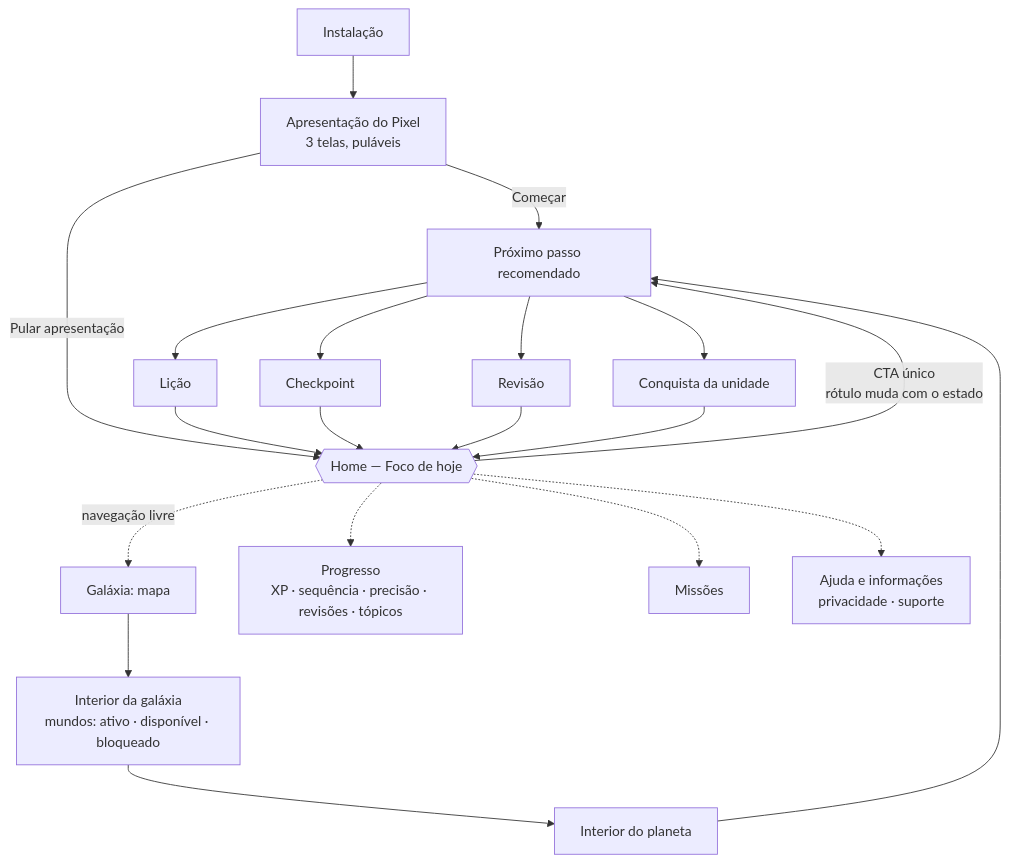
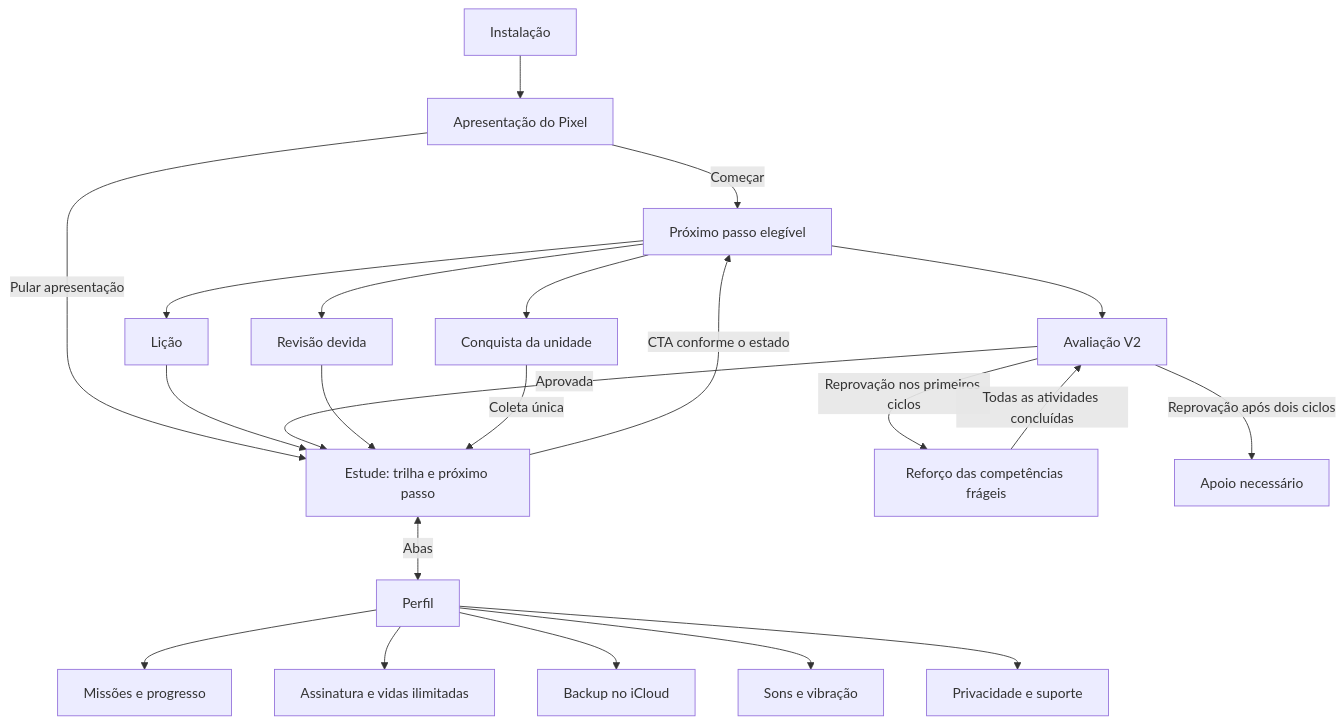
The first of 2 diagrams in docs/CLIENT_FLOW.md (andersonsmelo/Radiant), drawn with Mermaid before and after one commit. The commit also changed other lines of this file and 7 other files, not shown here.

Commit message:
docs: reconcile Radiant study improvements and current flows

````diff
--- a/docs/CLIENT_FLOW.md
+++ b/docs/CLIENT_FLOW.md
@@ -33,25 +36,24 @@
 ```mermaid
 flowchart TD
-    A[Instalação] --> B[Apresentação do Pixel<br/>3 telas, puláveis]
-    B -->|Começar| E[Próximo passo recomendado]
-    B -->|Pular apresentação| D{{Home — Foco de hoje}}
-
-    D -->|CTA único<br/>rótulo muda com o estado| E
-
-    D -.->|navegação livre| G[Galáxia: mapa]
-    G --> G2[Interior da galáxia<br/>mundos: ativo · disponível · bloqueado]
-    G2 --> G3[Interior do planeta] --> E
-    D -.-> P[Progresso<br/>XP · sequência · precisão · revisões · tópicos]
-    D -.-> M[Missões]
-    D -.-> H[Ajuda e informações<br/>privacidade · suporte]
-
+    A[Instalação] --> B[Apresentação do Pixel]
+    B -->|Começar| E[Próximo passo elegível]
+    B -->|Pular apresentação| D[Estude: trilha e próximo passo]
+    D -->|CTA conforme o estado| E
+    D <-->|Abas| P[Perfil]
+    P --> M[Missões e progresso]
+    P --> S[Assinatura e vidas ilimitadas]
+    P --> C[Backup no iCloud]
+    P --> F[Sons e vibração]
+    P --> H[Privacidade e suporte]
     E --> L[Lição]
-    E --> CK[Checkpoint]
-    E --> RV[Revisão]
+    E --> CK[Avaliação V2]
+    E --> RV[Revisão devida]
     E --> RW[Conquista da unidade]
-
+    CK -->|Reprovação nos primeiros ciclos| RF[Reforço das competências frágeis]
+    RF -->|Todas as atividades concluídas| CK
+    CK -->|Reprovação após dois ciclos| AP[Apoio necessário]
     L --> D
-    CK --> D
+    CK -->|Aprovada| D
     RV --> D
-    RW --> D
+    RW -->|Coleta única| D
 ```
````
